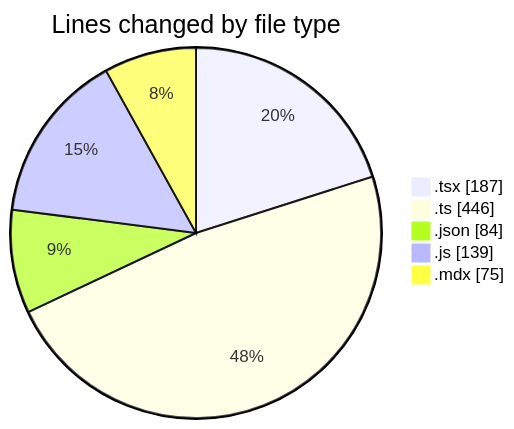
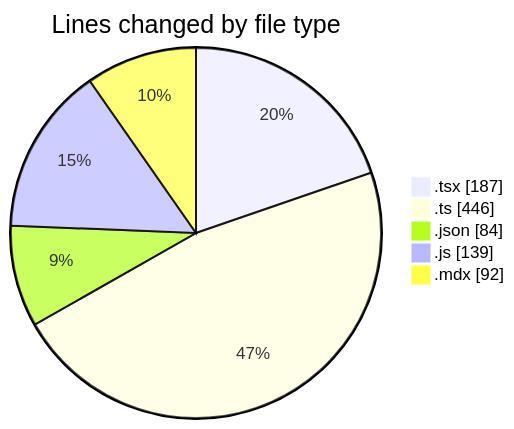
One commit to momahboobian/code-tracking changed the first of 2 diagrams in 2026-03-30/cda/README.md. Above: the diagram before and after it, drawn with Mermaid. The commit also changed other lines of this file and 1 other file, not shown here.

````diff
--- a/2026-03-30/cda/README.md
+++ b/2026-03-30/cda/README.md
@@ -24,9 +24,9 @@
 ```mermaid
 pie showData
 title Lines changed by file type
 ".tsx" : 187
 ".ts" : 446
 ".json" : 84
 ".js" : 139
-".mdx" : 75
+".mdx" : 92
 ```
````
